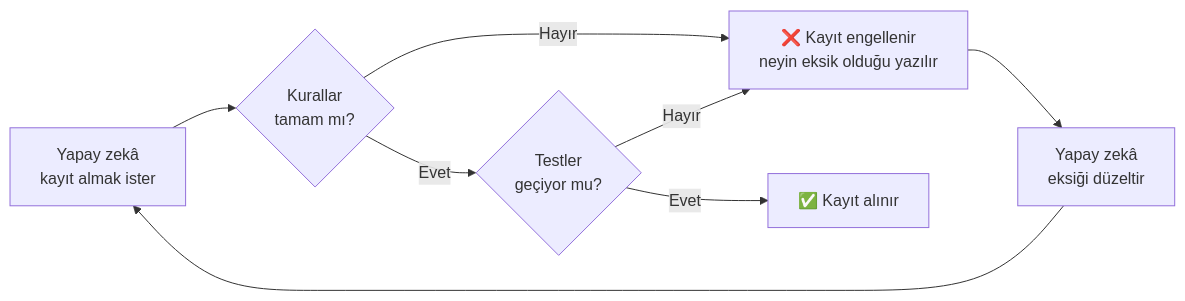
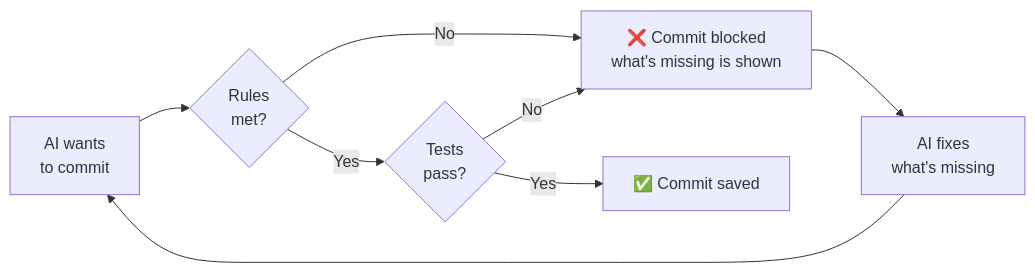
The diagram in README.md (1eren0/WaypointSkill), drawn with Mermaid before and after one commit. The commit also changed other lines of this file and 4 other files, not shown here.

````diff
--- a/README.md
+++ b/README.md
@@ -140,10 +142,10 @@
 ```mermaid
 flowchart LR
-  A["Yapay zekâ<br>kayıt almak ister"] --> B{"Kurallar<br>tamam mı?"}
-  B -- Hayır --> C["❌ Kayıt engellenir<br>neyin eksik olduğu yazılır"]
-  C --> D["Yapay zekâ<br>eksiği düzeltir"]
+  A["AI wants<br>to commit"] --> B{"Rules<br>met?"}
+  B -- No --> C["❌ Commit blocked<br>what's missing is shown"]
+  C --> D["AI fixes<br>what's missing"]
   D --> A
-  B -- Evet --> E{"Testler<br>geçiyor mu?"}
-  E -- Hayır --> C
-  E -- Evet --> F["✅ Kayıt alınır"]
+  B -- Yes --> E{"Tests<br>pass?"}
+  E -- No --> C
+  E -- Yes --> F["✅ Commit saved"]
 ```
````
